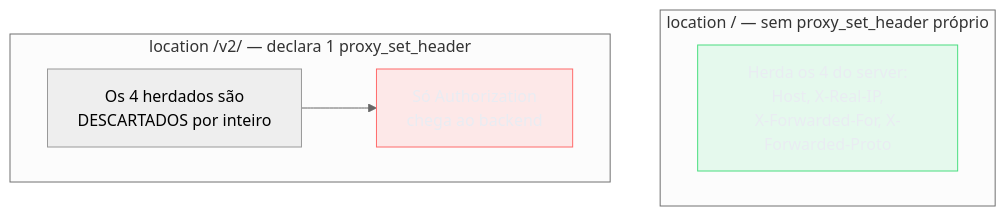
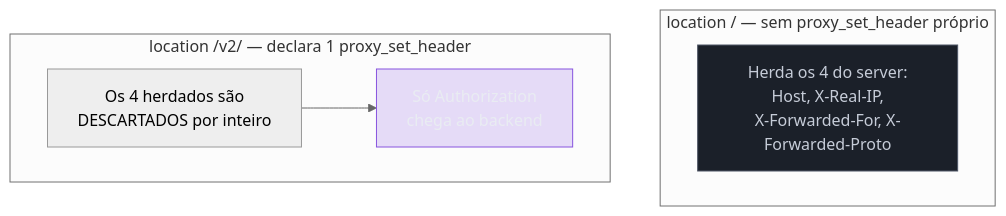
Before and after one commit to josenaldo/codex-technomanticus: the second of 2 diagrams in 03-Dominios/Tecnologia/Infraestrutura/Nginx/02 - A estrutura da configuração.md, drawn with Mermaid (neutral theme). The commit also changed other lines of this file and 601 other files, not shown here.

````diff
--- a/03-Dominios/Tecnologia/Infraestrutura/Nginx/02 - A estrutura da configuração.md
+++ b/03-Dominios/Tecnologia/Infraestrutura/Nginx/02 - A estrutura da configuração.md
@@ -158,15 +158,15 @@
 ```mermaid
 graph TB
-    classDef ok fill:#4ADE8021,stroke:#4ADE80,color:#E9ECF2
-    classDef falha fill:#FF6B6B24,stroke:#FF6B6B,color:#E9ECF2
+    classDef marca fill:#8855DF33,stroke:#8855DF,color:#E9ECF2
+    classDef neutro fill:#1B2029,stroke:#4E5666,color:#C6CCD8
     subgraph "location / — sem proxy_set_header próprio"
         H1["Herda os 4 do server:<br/>Host, X-Real-IP,<br/>X-Forwarded-For, X-Forwarded-Proto"]
     end
 
     subgraph "location /v2/ — declara 1 proxy_set_header"
         H2["Os 4 herdados são<br/>DESCARTADOS por inteiro"] --> H3["Só Authorization<br/>chega ao backend"]
     end
 
-    class H1 ok
-    class H3 falha
+    class H1 neutro
+    class H3 marca
 ```
````
